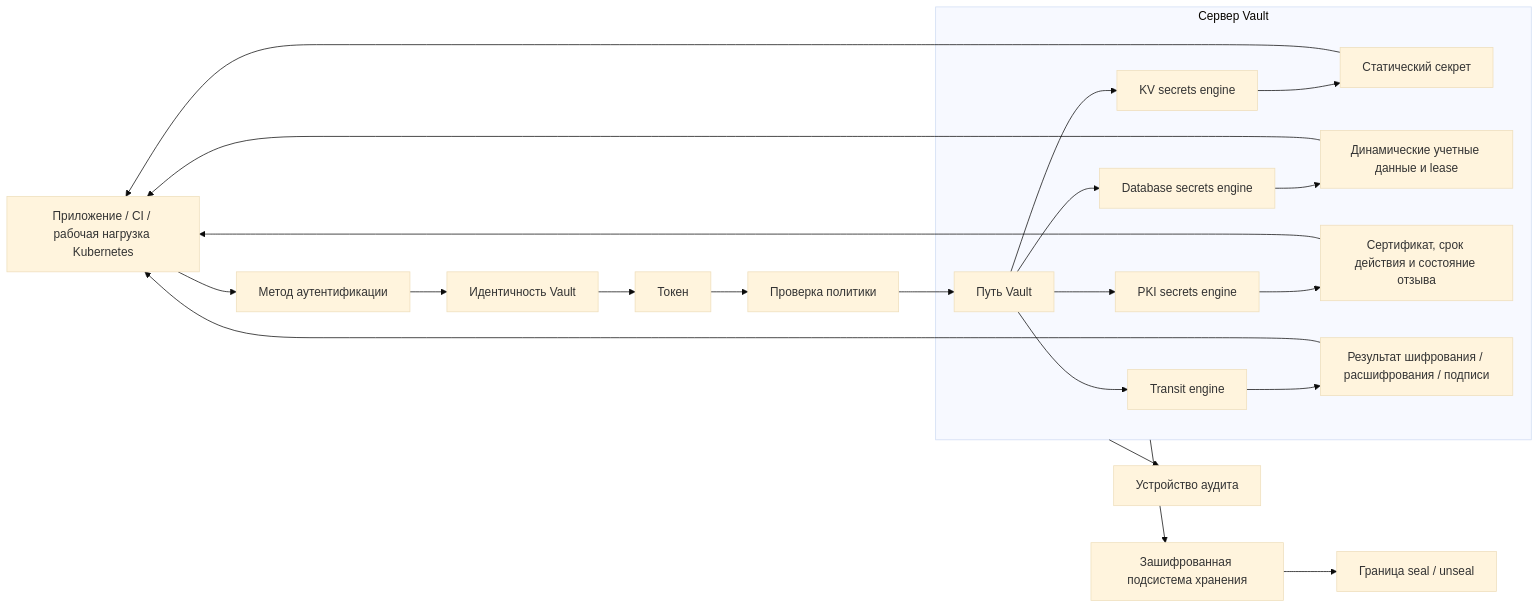
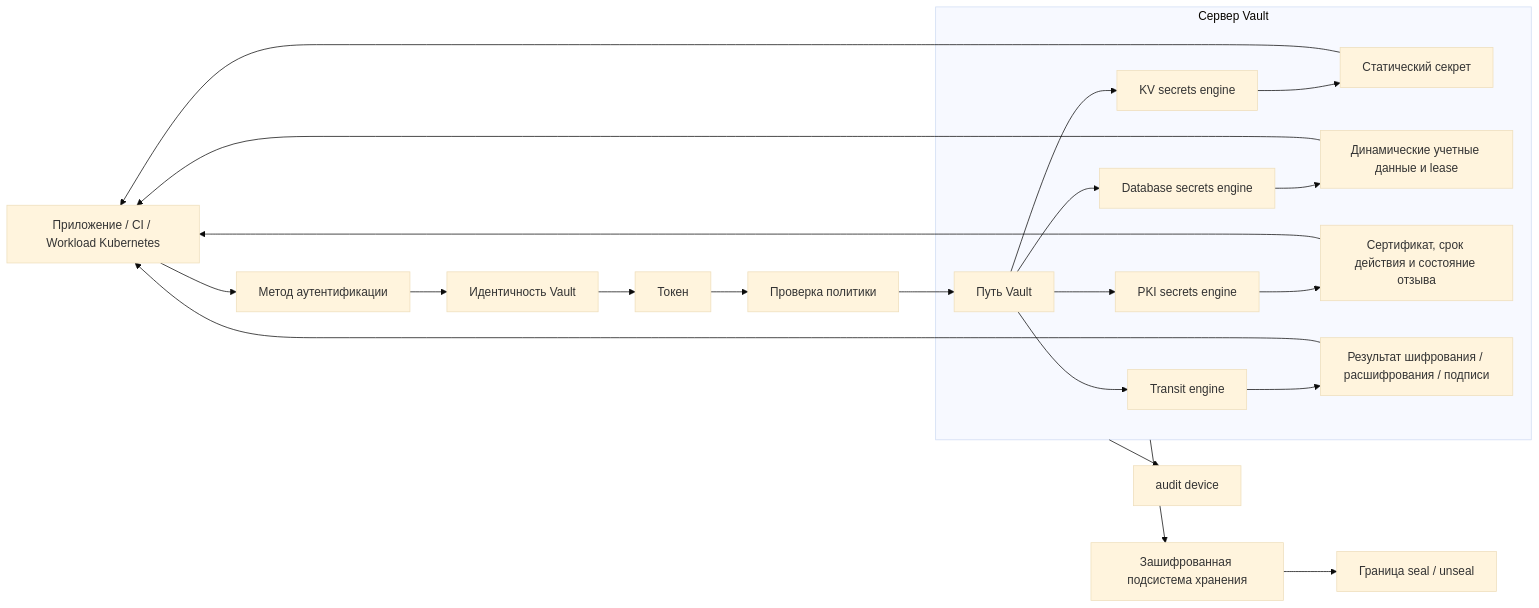
Before and after one commit to defrixx/defrixx.github.io: diagram 12 of 17 in reference/infrastructure-technologies/infrastructure-technologies.ru.md, drawn with Mermaid (base theme). The commit also changed other lines of this file and 201 other files, not shown here.

````diff
--- a/reference/infrastructure-technologies/infrastructure-technologies.ru.md
+++ b/reference/infrastructure-technologies/infrastructure-technologies.ru.md
@@ -874,28 +876,28 @@
 ```mermaid
 flowchart LR
-  Workload["Приложение / CI / рабочая нагрузка Kubernetes"] --> AuthMethod["Метод аутентификации"]
+  Workload["Приложение / CI / Workload Kubernetes"] --> AuthMethod["Метод аутентификации"]
   AuthMethod --> Identity["Идентичность Vault"]
   Identity --> Token["Токен"]
   Token --> Policy["Проверка политики"]
   Policy --> Path["Путь Vault"]
 
   subgraph VaultServer["Сервер Vault"]
     Path --> KV["KV secrets engine"]
     Path --> DB["Database secrets engine"]
     Path --> PKI["PKI secrets engine"]
     Path --> Transit["Transit engine"]
     KV --> StaticSecret["Статический секрет"]
     DB --> DynamicCred["Динамические учетные данные и lease"]
     PKI --> Certificate["Сертификат, срок действия и состояние отзыва"]
     Transit --> CryptoResult["Результат шифрования / расшифрования / подписи"]
   end
 
-  VaultServer --> Audit["Устройство аудита"]
+  VaultServer --> Audit["audit device"]
   VaultServer --> Storage["Зашифрованная подсистема хранения"]
   Storage --> Seal["Граница seal / unseal"]
 
   StaticSecret --> Workload
   DynamicCred --> Workload
   Certificate --> Workload
   CryptoResult --> Workload
 ```
````
